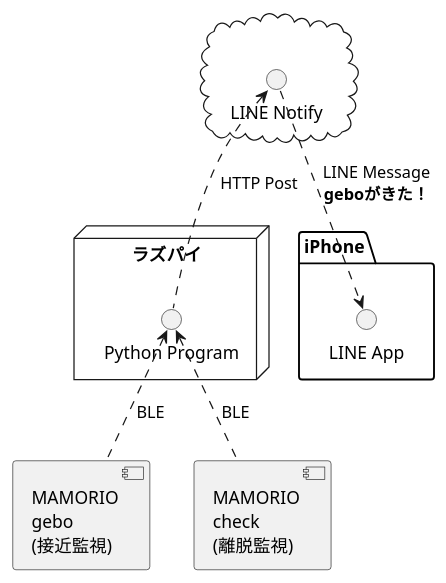
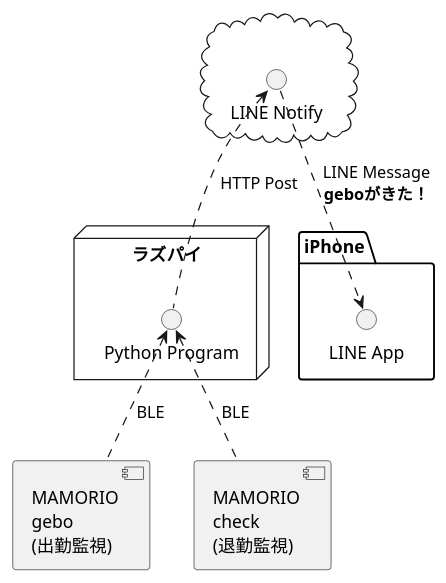
The diagram in pu/component.pu (gebogebogebo/notify_ibeacon), drawn with PlantUML before and after one commit.

```diff
--- a/pu/component.pu
+++ b/pu/component.pu
@@ -1,23 +1,23 @@
 @startuml
 
-component "MAMORIO\ngebo\n(接近監視)" as MAMORIO_GEBO
-component "MAMORIO\ncheck\n(離脱監視)" as MAMORIO_CHECK
+component "MAMORIO\ngebo\n(出勤監視)" as MAMORIO_GEBO
+component "MAMORIO\ncheck\n(退勤監視)" as MAMORIO_CHECK
 
 cloud {
   interface "LINE Notify" as LINE_Norify
 }
 
 node ラズパイ {
   interface "Python Program" as py
 }
 
 package iPhone{
   interface "LINE App" as LINE_App
 }
 
 MAMORIO_GEBO .up.> py:BLE
 MAMORIO_CHECK .up.> py:BLE
 py .up.> LINE_Norify:HTTP Post
 LINE_Norify ..> LINE_App:LINE Message\n**geboがきた！**
 
 @enduml
```
